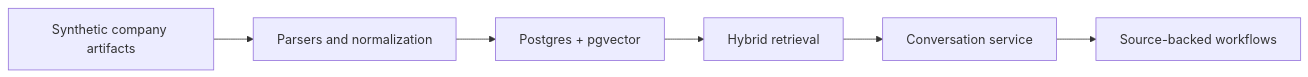
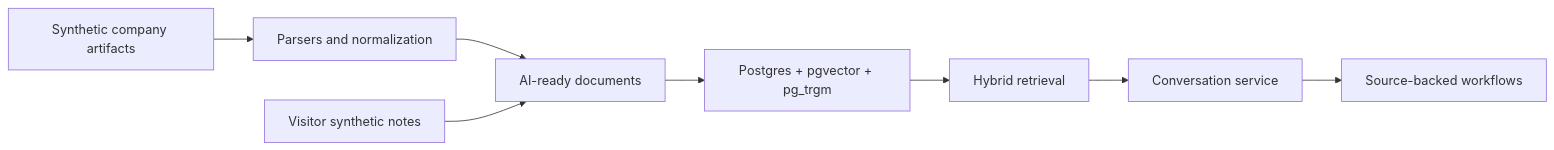
Before and after one commit to dpanea/private-company-ai-demo: the diagram in README.md, drawn with Mermaid. The commit also changed other lines of this file and 16 other files, not shown here.

````diff
--- a/README.md
+++ b/README.md
@@ -13,8 +72,10 @@
 ```mermaid
 flowchart LR
     A["Synthetic company artifacts"] --> B["Parsers and normalization"]
-    B --> C["Postgres + pgvector"]
-    C --> D["Hybrid retrieval"]
-    D --> E["Conversation service"]
-    E --> F["Source-backed workflows"]
+    B --> C["AI-ready documents"]
+    C --> D["Postgres + pgvector + pg_trgm"]
+    D --> E["Hybrid retrieval"]
+    E --> F["Conversation service"]
+    F --> G["Source-backed workflows"]
+    H["Visitor synthetic notes"] --> C
 ```
````
